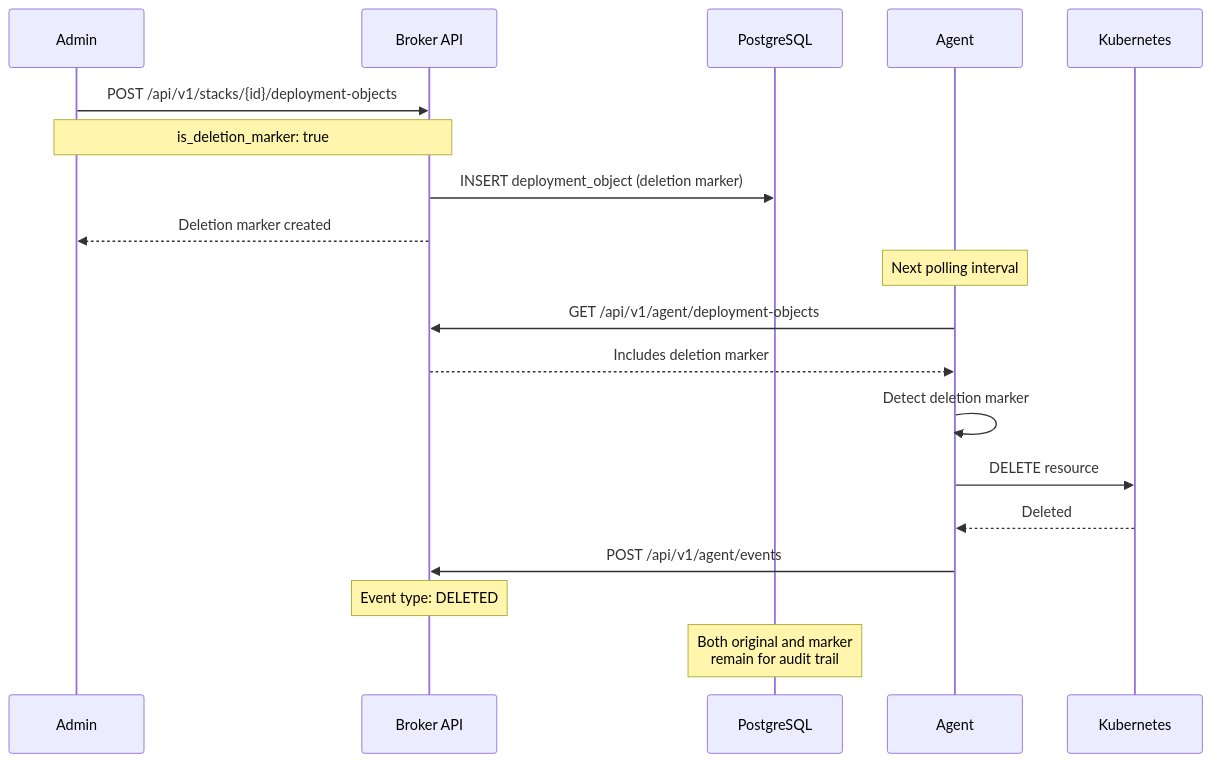
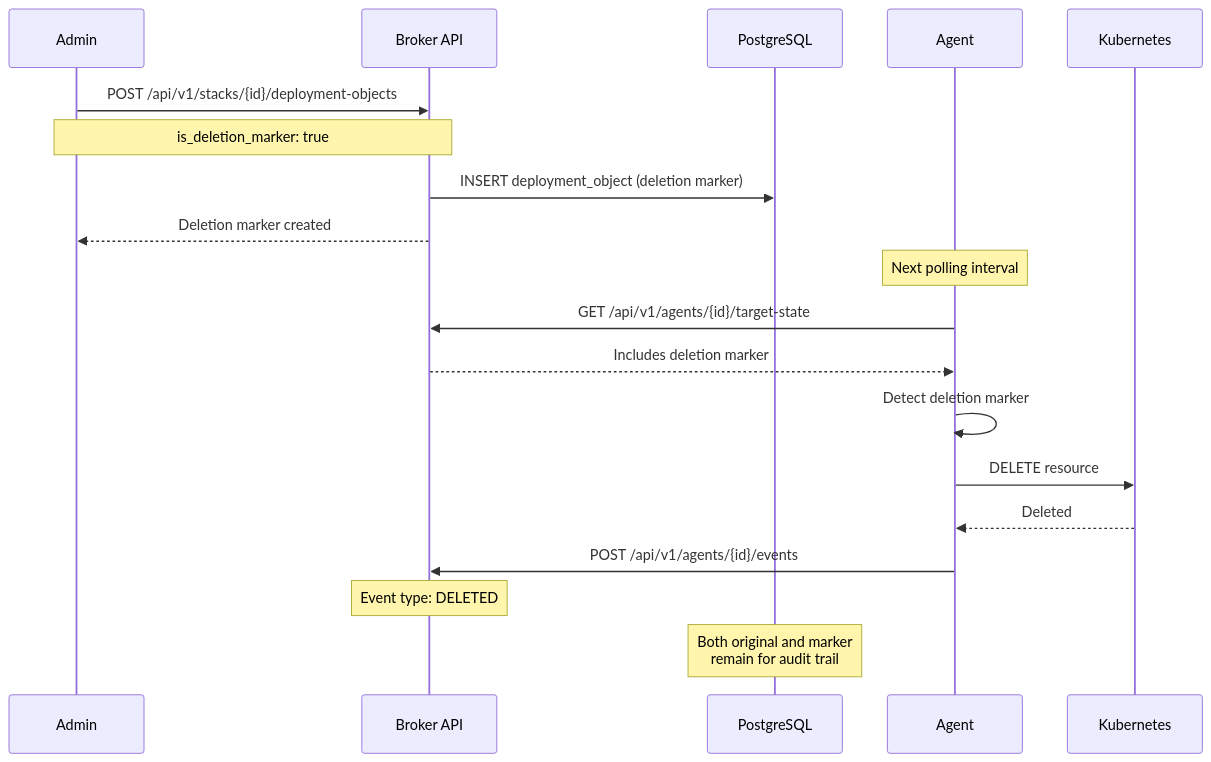
The fourth of 10 diagrams in docs/content/explanation/data-flows.md (colliery-io/brokkr), drawn with Mermaid before and after one commit. The commit also changed other lines of this file and 28 other files, not shown here.

```diff
--- a/docs/content/explanation/data-flows.md
+++ b/docs/content/explanation/data-flows.md
@@ -100,27 +127,27 @@
 {{< mermaid >}}
 sequenceDiagram
     participant Client as Admin
     participant Broker as Broker API
     participant DB as PostgreSQL
     participant Agent as Agent
     participant K8s as Kubernetes
 
     Client->>Broker: POST /api/v1/stacks/{id}/deployment-objects
     Note over Client,Broker: is_deletion_marker: true
 
     Broker->>DB: INSERT deployment_object (deletion marker)
     Broker-->>Client: Deletion marker created
 
     Note over Agent: Next polling interval
-    Agent->>Broker: GET /api/v1/agent/deployment-objects
+    Agent->>Broker: GET /api/v1/agents/{id}/target-state
     Broker-->>Agent: Includes deletion marker
 
     Agent->>Agent: Detect deletion marker
     Agent->>K8s: DELETE resource
     K8s-->>Agent: Deleted
 
-    Agent->>Broker: POST /api/v1/agent/events
+    Agent->>Broker: POST /api/v1/agents/{id}/events
     Note over Broker: Event type: DELETED
 
     Note over DB: Both original and marker<br/>remain for audit trail
 {{< /mermaid >}}
```
